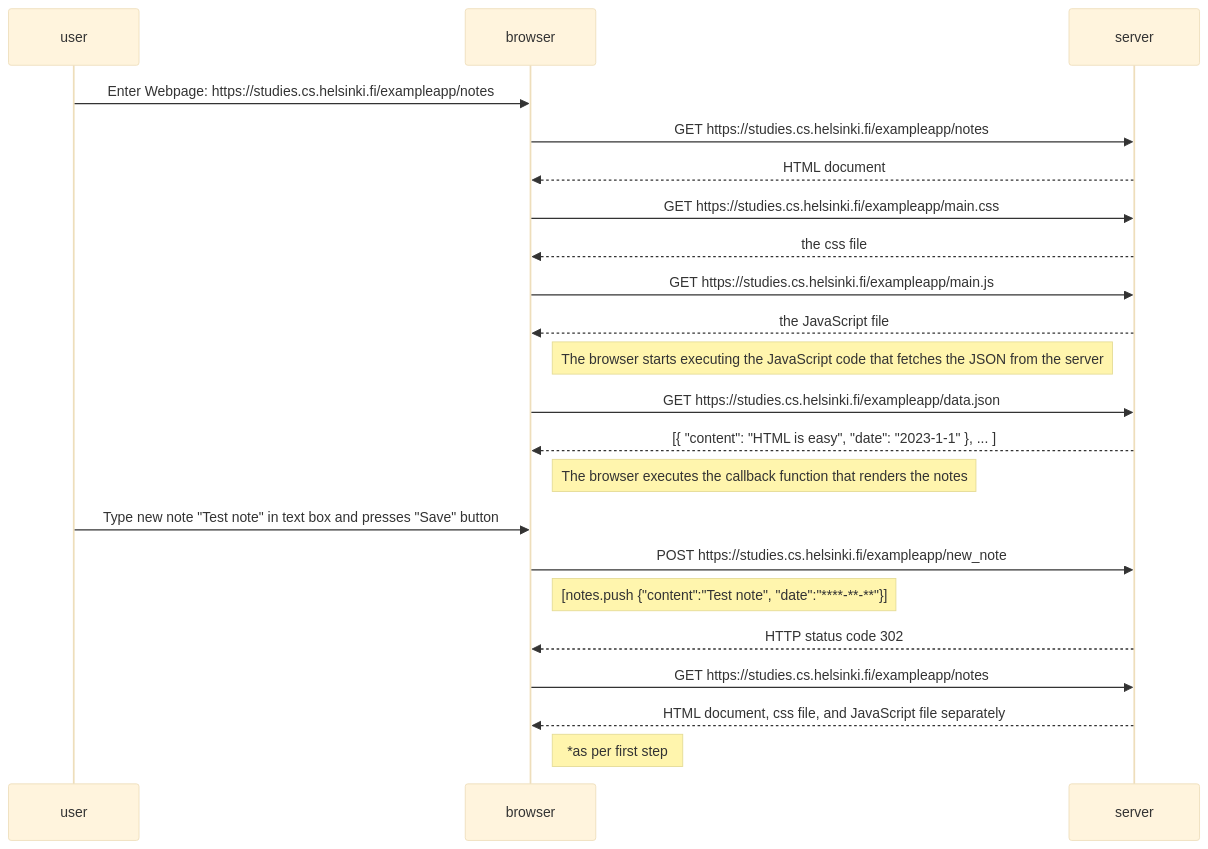
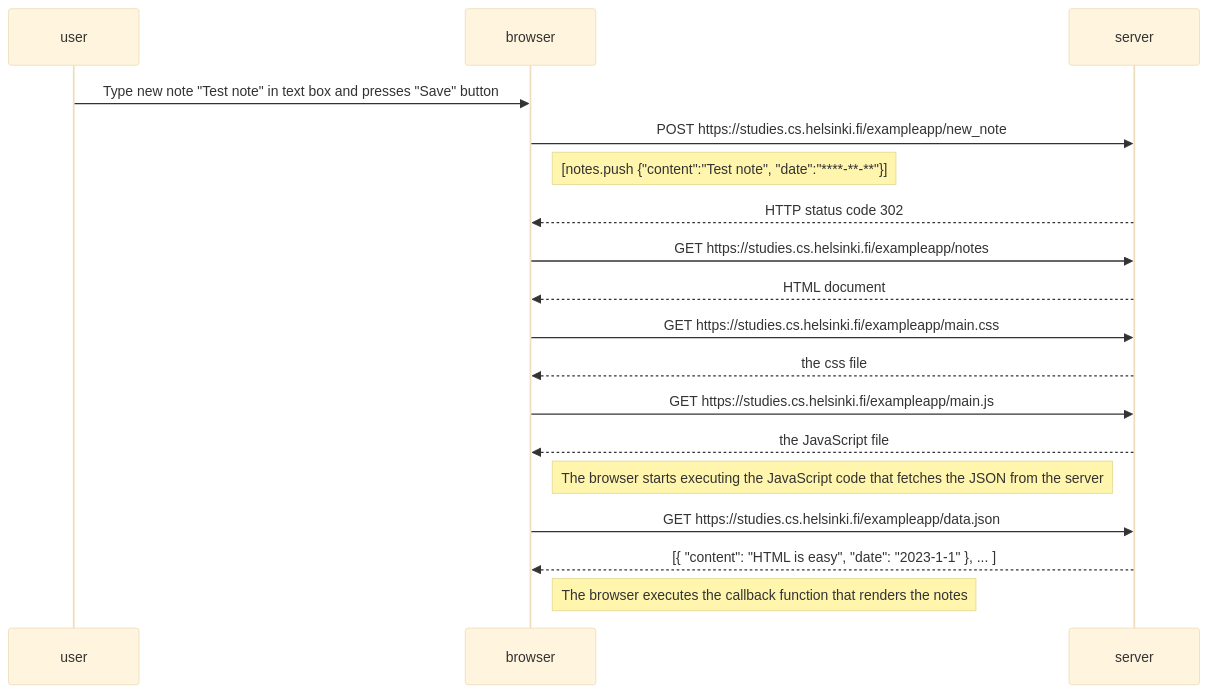
The diagram in 0.4.md (mkaleung/FSO-0), drawn with Mermaid (base theme) before and after one commit.

Commit message:
Re-ordered to show note submission only (no page load)

````diff
--- a/0.4.md
+++ b/0.4.md
@@ -1,35 +1,27 @@
 ```mermaid
 sequenceDiagram
     participant user
     participant browser
     participant server
     
-    user->>browser: Enter Webpage: https://studies.cs.helsinki.fi/exampleapp/notes
+    user->>browser: Type new note "Test note" in text box and presses "Save" button
+    browser->>server: POST https://studies.cs.helsinki.fi/exampleapp/new_note 
+    Note right of browser: [notes.push {"content":"Test note", "date":"****-**-**"}]
+    server-->>browser: HTTP status code 302
+
     browser->>server: GET https://studies.cs.helsinki.fi/exampleapp/notes
     server-->>browser: HTML document
     
     browser->>server: GET https://studies.cs.helsinki.fi/exampleapp/main.css
     server-->>browser: the css file
     
     browser->>server: GET https://studies.cs.helsinki.fi/exampleapp/main.js
     server-->>browser: the JavaScript file
     
     Note right of browser: The browser starts executing the JavaScript code that fetches the JSON from the server
     
     browser->>server: GET https://studies.cs.helsinki.fi/exampleapp/data.json
     server-->>browser: [{ "content": "HTML is easy", "date": "2023-1-1" }, ... ]
  
     Note right of browser: The browser executes the callback function that renders the notes 
-
-    user->>browser: Type new note "Test note" in text box and presses "Save" button
-
-    browser->>server: POST https://studies.cs.helsinki.fi/exampleapp/new_note 
-    Note right of browser: [notes.push {"content":"Test note", "date":"****-**-**"}]
-    server-->>browser: HTTP status code 302
-
-    browser->>server: GET https://studies.cs.helsinki.fi/exampleapp/notes
-    server-->>browser: HTML document, css file, and JavaScript file separately
-
-    Note right of browser: *as per first step
-
 ```
````
